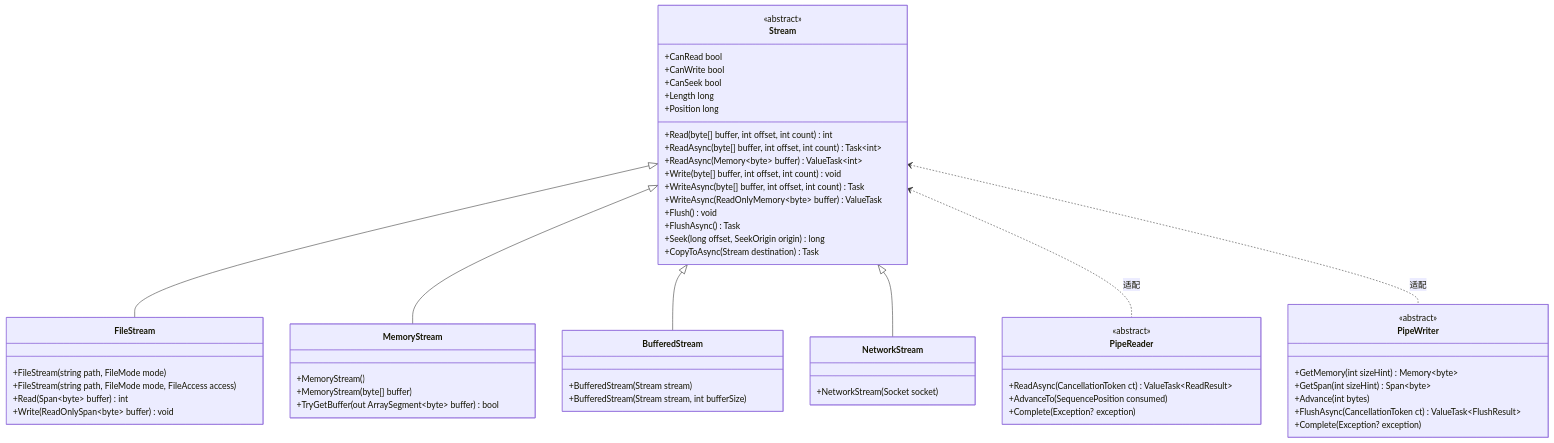
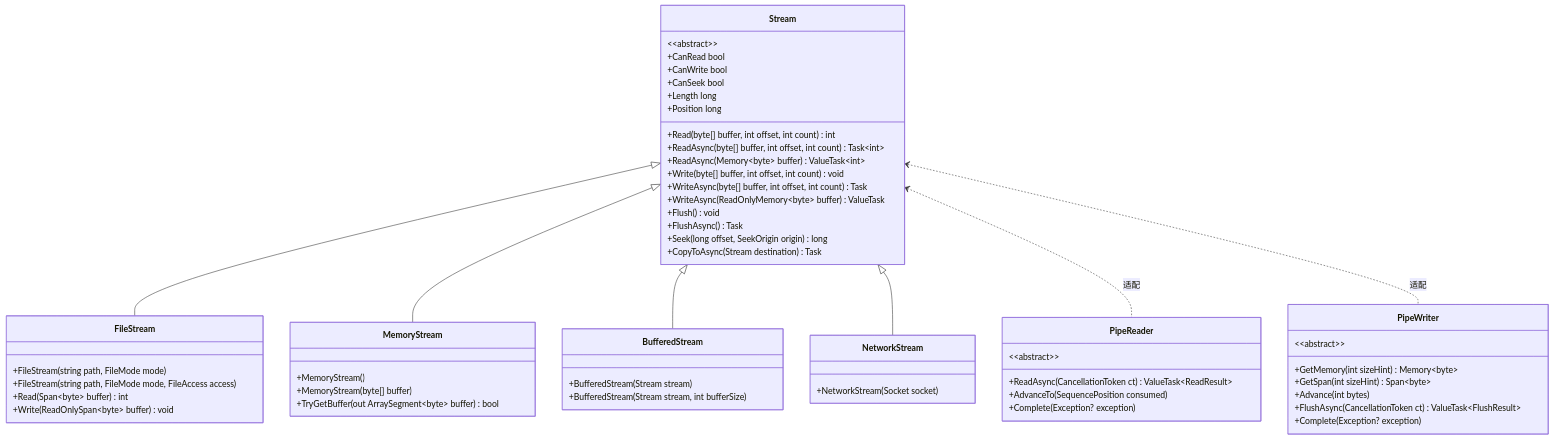
One commit to moklgydocs/moklgydocs.github.io changed the first of 7 diagrams in src/后端开发/CSharp/CLR深度/09_性能与诊断/03_高性能IO与管道.md. Above: the diagram before and after it, drawn with Mermaid. The commit also changed other lines of this file and 32 other files, not shown here.

````diff
--- a/src/后端开发/CSharp/CLR深度/09_性能与诊断/03_高性能IO与管道.md
+++ b/src/后端开发/CSharp/CLR深度/09_性能与诊断/03_高性能IO与管道.md
@@ -27,66 +27,66 @@
 ```mermaid
 classDiagram
     class Stream {
-        <<abstract>>
+        <~abstract~>
         +Read(byte[] buffer, int offset, int count) int
         +ReadAsync(byte[] buffer, int offset, int count) Task~int~
         +ReadAsync(Memory~byte~ buffer) ValueTask~int~
         +Write(byte[] buffer, int offset, int count) void
         +WriteAsync(byte[] buffer, int offset, int count) Task
         +WriteAsync(ReadOnlyMemory~byte~ buffer) ValueTask
         +Flush() void
         +FlushAsync() Task
         +Seek(long offset, SeekOrigin origin) long
         +CopyToAsync(Stream destination) Task
         +CanRead bool
         +CanWrite bool
         +CanSeek bool
         +Length long
         +Position long
     }
 
     class FileStream {
         +FileStream(string path, FileMode mode)
         +FileStream(string path, FileMode mode, FileAccess access)
         +Read(Span~byte~ buffer) int
         +Write(ReadOnlySpan~byte~ buffer) void
     }
 
     class MemoryStream {
         +MemoryStream()
         +MemoryStream(byte[] buffer)
         +TryGetBuffer(out ArraySegment~byte~ buffer) bool
     }
 
     class BufferedStream {
         +BufferedStream(Stream stream)
         +BufferedStream(Stream stream, int bufferSize)
     }
 
     class NetworkStream {
         +NetworkStream(Socket socket)
     }
 
     class PipeReader {
-        <<abstract>>
+        <~abstract~>
         +ReadAsync(CancellationToken ct) ValueTask~ReadResult~
         +AdvanceTo(SequencePosition consumed)
         +Complete(Exception? exception)
     }
 
     class PipeWriter {
-        <<abstract>>
+        <~abstract~>
         +GetMemory(int sizeHint) Memory~byte~
         +GetSpan(int sizeHint) Span~byte~
         +Advance(int bytes)
         +FlushAsync(CancellationToken ct) ValueTask~FlushResult~
         +Complete(Exception? exception)
     }
 
     Stream <|-- FileStream
     Stream <|-- MemoryStream
     Stream <|-- BufferedStream
     Stream <|-- NetworkStream
     Stream <.. PipeReader : 适配
     Stream <.. PipeWriter : 适配
 ```
````
